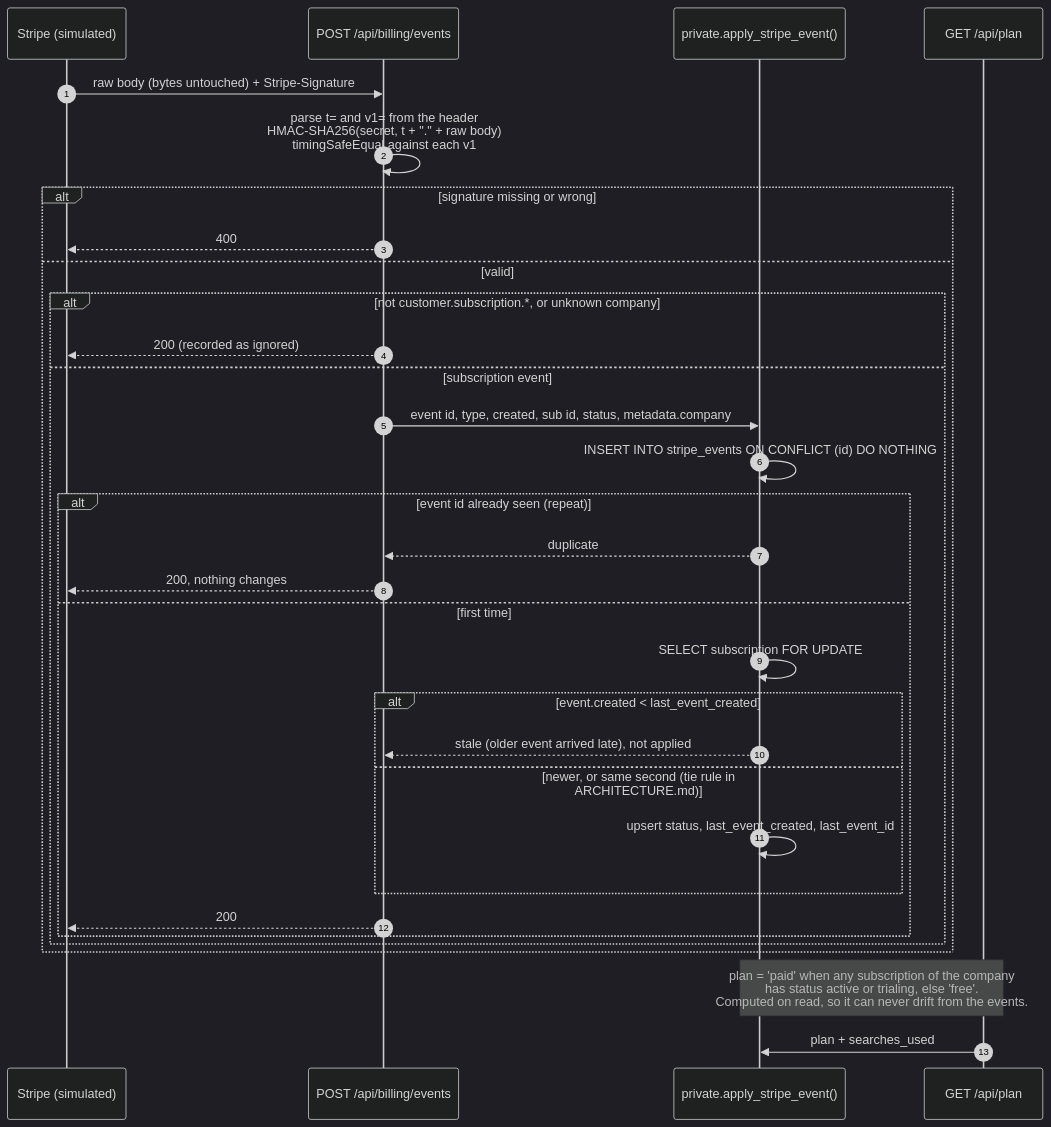
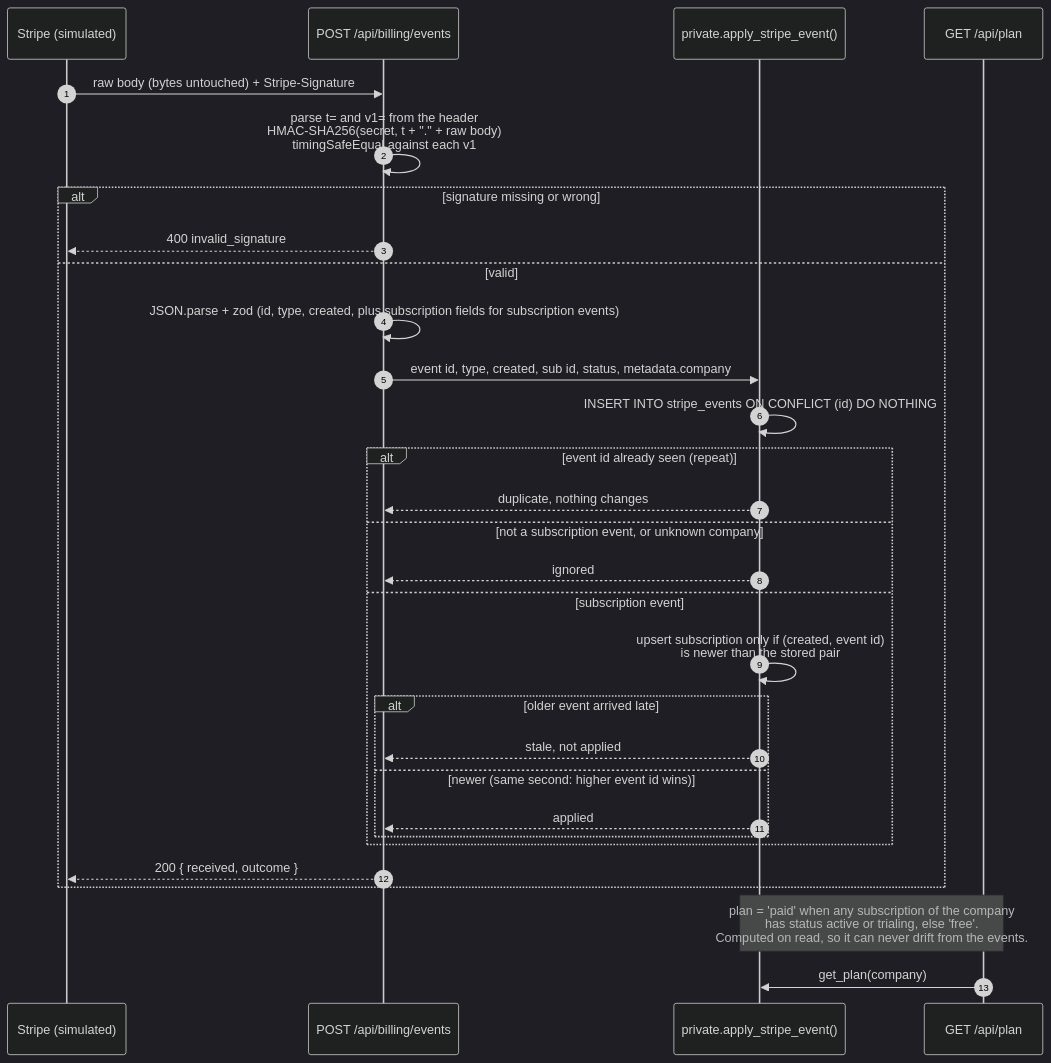
The diagram in docs/diagrams/05-billing-webhook.mmd (Shweta488/candidate-search), drawn with Mermaid (dark theme) before and after one commit. The commit also changed 7 other files, not shown here.

First line of the commit message:
docs: align architecture, rules and diagrams with the LLD

```diff
--- a/docs/diagrams/05-billing-webhook.mmd
+++ b/docs/diagrams/05-billing-webhook.mmd
@@ -1,35 +1,33 @@
-%% LLD: Stripe webhook handling. One Postgres transaction per event.
+%% LLD: Stripe webhook handling (LLD section 5). One Postgres transaction per event.
 sequenceDiagram
     autonumber
     participant ST as Stripe (simulated)
     participant API as POST /api/billing/events
     participant DB as private.apply_stripe_event()
     participant PL as GET /api/plan
 
     ST->>API: raw body (bytes untouched) + Stripe-Signature
     API->>API: parse t= and v1= from the header<br/>HMAC-SHA256(secret, t + "." + raw body)<br/>timingSafeEqual against each v1
     alt signature missing or wrong
-        API-->>ST: 400
+        API-->>ST: 400 invalid_signature
     else valid
-        alt not customer.subscription.*, or unknown company
-            API-->>ST: 200 (recorded as ignored)
+        API->>API: JSON.parse + zod (id, type, created, plus subscription fields for subscription events)
+        API->>DB: event id, type, created, sub id, status, metadata.company
+        DB->>DB: INSERT INTO stripe_events ON CONFLICT (id) DO NOTHING
+        alt event id already seen (repeat)
+            DB-->>API: duplicate, nothing changes
+        else not a subscription event, or unknown company
+            DB-->>API: ignored
         else subscription event
-            API->>DB: event id, type, created, sub id, status, metadata.company
-            DB->>DB: INSERT INTO stripe_events ON CONFLICT (id) DO NOTHING
-            alt event id already seen (repeat)
-                DB-->>API: duplicate
-                API-->>ST: 200, nothing changes
-            else first time
-                DB->>DB: SELECT subscription FOR UPDATE
-                alt event.created < last_event_created
-                    DB-->>API: stale (older event arrived late), not applied
-                else newer, or same second (tie rule in ARCHITECTURE.md)
-                    DB->>DB: upsert status, last_event_created, last_event_id
-                end
-                API-->>ST: 200
+            DB->>DB: upsert subscription only if (created, event id)<br/>is newer than the stored pair
+            alt older event arrived late
+                DB-->>API: stale, not applied
+            else newer (same second: higher event id wins)
+                DB-->>API: applied
             end
         end
+        API-->>ST: 200 { received, outcome }
     end
 
     Note over PL,DB: plan = 'paid' when any subscription of the company<br/>has status active or trialing, else 'free'.<br/>Computed on read, so it can never drift from the events.
-    PL->>DB: plan + searches_used
+    PL->>DB: get_plan(company)
```
